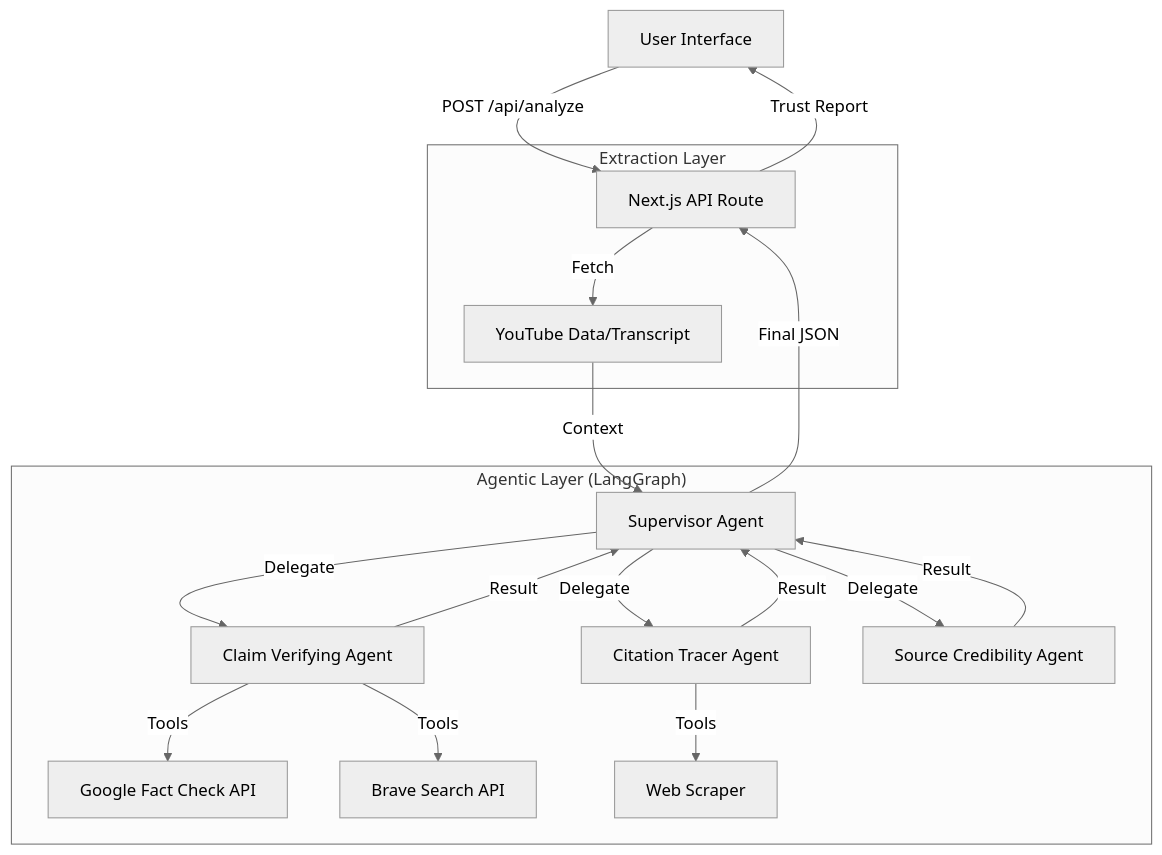
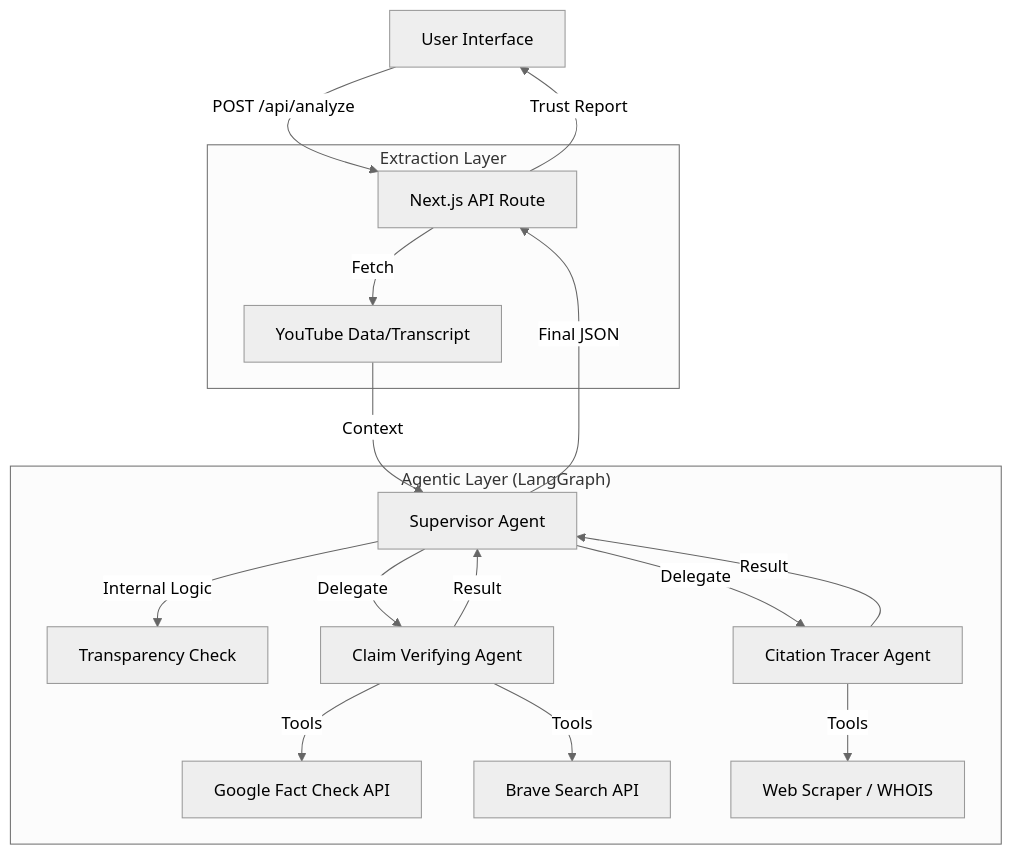
One commit to Kshitijkumar16/slopScore.ai-docs changed the diagram in app/docs/architecture/system-overview/page.mdx. Above: the diagram before and after it, drawn with Mermaid (neutral theme). The commit also changed other lines of this file and 3 other files, not shown here.

````diff
--- a/app/docs/architecture/system-overview/page.mdx
+++ b/app/docs/architecture/system-overview/page.mdx
@@ -20,27 +19,28 @@
 ```mermaid
 graph TD
     User[User Interface] -->|POST /api/analyze| API[Next.js API Route]
 
     subgraph "Extraction Layer"
         API -->|Fetch| YT[YouTube Data/Transcript]
     end
 
     subgraph "Agentic Layer (LangGraph)"
         YT -->|Context| Supervisor[Supervisor Agent]
+
+        Supervisor -->|Internal Logic| TranspCheck[Transparency Check]
+
         Supervisor -->|Delegate| ClaimAgent[Claim Verifying Agent]
         Supervisor -->|Delegate| CitationAgent[Citation Tracer Agent]
-        Supervisor -->|Delegate| SourceAgent[Source Credibility Agent]
 
         ClaimAgent -->|Tools| GoogleFactCheck[Google Fact Check API]
         ClaimAgent -->|Tools| Brave[Brave Search API]
 
-        CitationAgent -->|Tools| Scraper[Web Scraper]
+        CitationAgent -->|Tools| Scraper[Web Scraper / WHOIS]
     end
 
     ClaimAgent -->|Result| Supervisor
     CitationAgent -->|Result| Supervisor
-    SourceAgent -->|Result| Supervisor
 
     Supervisor -->|Final JSON| API
     API -->|Trust Report| User
 ```
````
